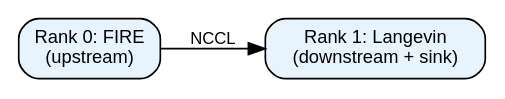
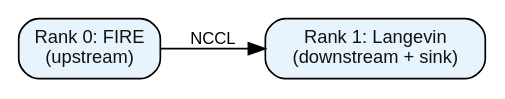
One commit to NVIDIA/nvalchemi-toolkit changed the diagram in examples/distributed/README.rst. Above: the diagram before and after it, drawn with Graphviz. The commit also changed 4 other files, not shown here.

First line of the commit message:
docs: fix example diagram readability and RST

```diff
--- a/examples/distributed/README.rst
+++ b/examples/distributed/README.rst
@@ -26,13 +26,13 @@
 .. graphviz::
 
    digraph distributed_pipeline {
        rankdir=LR;
-       node [shape=box, style="rounded,filled", fillcolor="#e8f4fd",
+       node [shape=box, style="rounded,filled", fillcolor="#e8f4fd" fontcolor="#111111",
              fontname="Helvetica", fontsize=11];
        edge [fontname="Helvetica", fontsize=10];
 
        rank0 [label="Rank 0: FIRE\n(upstream)"];
        rank1 [label="Rank 1: Langevin\n(downstream + sink)"];
 
        rank0 -> rank1 [label="NCCL"];
    }
```
